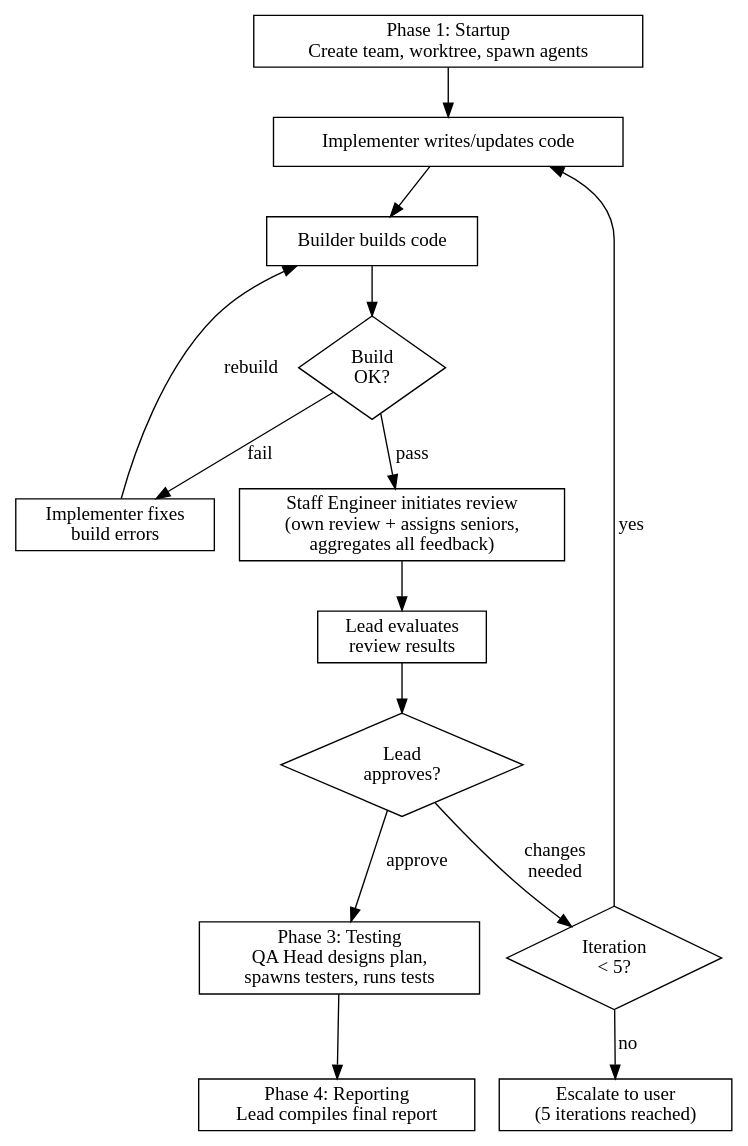
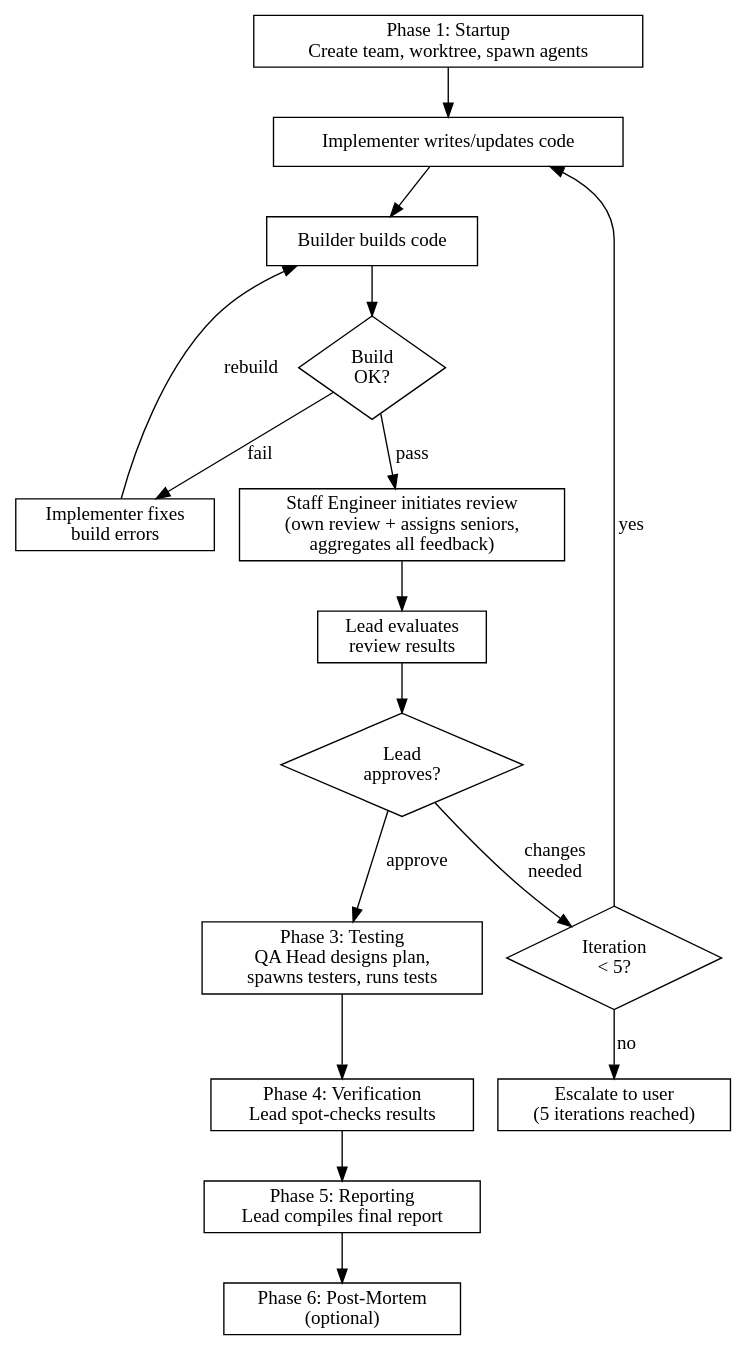
One commit to steven112163/dotharness changed the diagram in skills/dev-team/SKILL.md. Above: the diagram before and after it, drawn with Graphviz. The commit also changed other lines of this file and 2 other files, not shown here.

````diff
--- a/skills/dev-team/SKILL.md
+++ b/skills/dev-team/SKILL.md
@@ -87,34 +87,38 @@
 ```dot
 digraph workflow {
     rankdir=TB;
     node [shape=box];
 
     startup [label="Phase 1: Startup\nCreate team, worktree, spawn agents"];
     impl [label="Implementer writes/updates code"];
     build [label="Builder builds code"];
     build_fail [label="Implementer fixes\nbuild errors"];
     review [label="Staff Engineer initiates review\n(own review + assigns seniors,\naggregates all feedback)"];
     lead_gate [label="Lead evaluates\nreview results"];
     test [label="Phase 3: Testing\nQA Head designs plan,\nspawns testers, runs tests"];
-    report [label="Phase 4: Reporting\nLead compiles final report"];
+    verify [label="Phase 4: Verification\nLead spot-checks results"];
+    report [label="Phase 5: Reporting\nLead compiles final report"];
+    postmortem [label="Phase 6: Post-Mortem\n(optional)"];
     escalate [label="Escalate to user\n(5 iterations reached)"];
 
     build_ok [shape=diamond, label="Build\nOK?"];
     review_ok [shape=diamond, label="Lead\napproves?"];
     iter_check [shape=diamond, label="Iteration\n< 5?"];
 
     startup -> impl;
     impl -> build;
     build -> build_ok;
     build_ok -> build_fail [label="fail"];
     build_fail -> build [label="rebuild"];
     build_ok -> review [label="pass"];
     review -> lead_gate;
     lead_gate -> review_ok;
     review_ok -> test [label="approve"];
     review_ok -> iter_check [label="changes\nneeded"];
     iter_check -> impl [label="yes"];
     iter_check -> escalate [label="no"];
-    test -> report;
+    test -> verify;
+    verify -> report;
+    report -> postmortem;
 }
 ```
````
